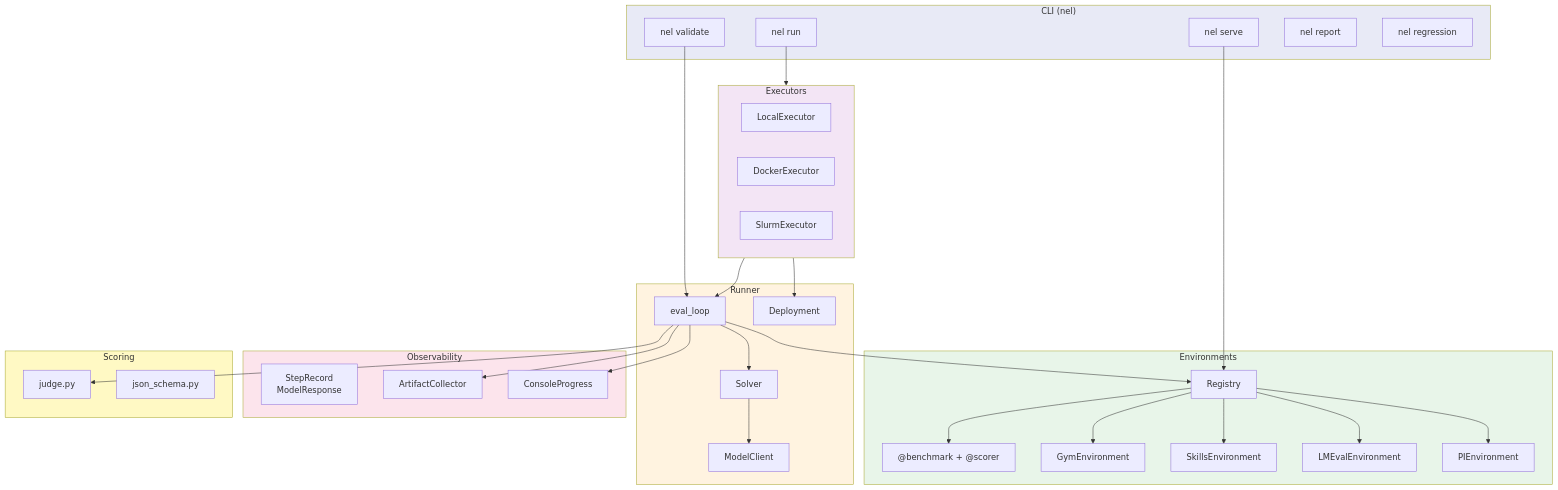
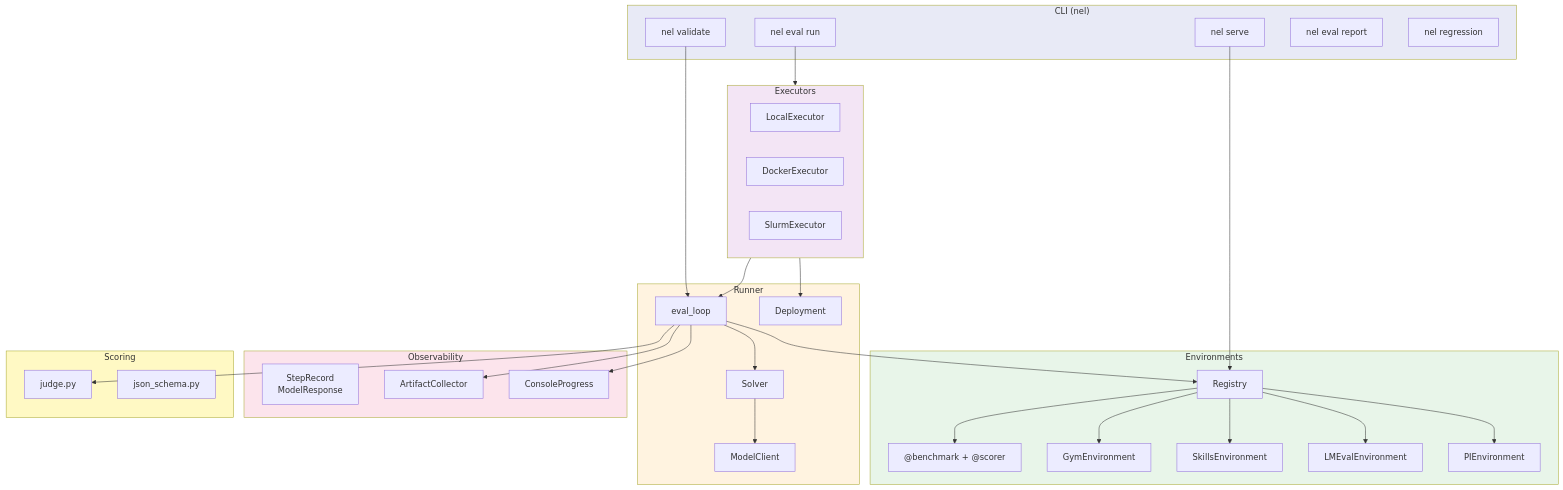
One commit to NVIDIA-NeMo/Evaluator changed the first of 5 diagrams in docs/architecture/index.md. Above: the diagram before and after it, drawn with Mermaid. The commit also changed other lines of this file and 84 other files, not shown here.

````diff
--- a/docs/architecture/index.md
+++ b/docs/architecture/index.md
@@ -5,70 +5,70 @@
 ```{mermaid}
 flowchart TB
     subgraph CLI["CLI (nel)"]
-        RUN["nel run"]
+        RUN["nel eval run"]
         SERVE["nel serve"]
         VALIDATE["nel validate"]
-        REPORT["nel report"]
+        REPORT["nel eval report"]
         REGRESSION["nel regression"]
     end
 
     subgraph ENVS["Environments"]
         REG["Registry"]
         BYOB["@benchmark + @scorer"]
         GYM["GymEnvironment"]
         SKILLS["SkillsEnvironment"]
         LMEVAL["LMEvalEnvironment"]
         PI["PIEnvironment"]
     end
 
     subgraph RUNNER["Runner"]
         LOOP["eval_loop"]
         SOLVER["Solver"]
         MC["ModelClient"]
         DEPLOY["Deployment"]
     end
 
     subgraph EXEC["Executors"]
         LOCAL["LocalExecutor"]
         DOCKER["DockerExecutor"]
         SLURM["SlurmExecutor"]
     end
 
     subgraph OBS["Observability"]
         TYPES["StepRecord<br/>ModelResponse"]
         COLLECT["ArtifactCollector"]
         PROG["ConsoleProgress"]
     end
 
     subgraph SCORE["Scoring"]
         JUDGE["judge.py"]
         JSCHEMA["json_schema.py"]
     end
 
     RUN --> EXEC
     EXEC --> DEPLOY
     EXEC --> LOOP
     SERVE --> REG
     VALIDATE --> LOOP
 
     LOOP --> REG
     LOOP --> SOLVER
     SOLVER --> MC
     LOOP --> COLLECT
     LOOP --> PROG
 
     REG --> BYOB
     REG --> GYM
     REG --> SKILLS
     REG --> LMEVAL
     REG --> PI
 
     LOOP --> JUDGE
 
     style CLI fill:#e8eaf6
     style ENVS fill:#e8f5e9
     style RUNNER fill:#fff3e0
     style EXEC fill:#f3e5f5
     style OBS fill:#fce4ec
     style SCORE fill:#fff9c4
 ```
````
